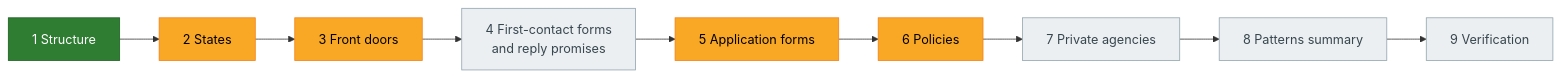
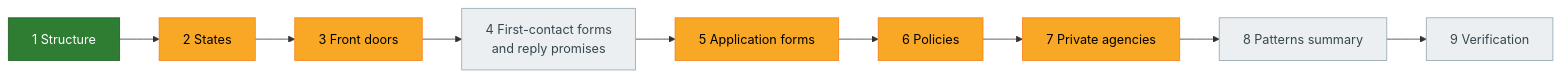
The first of 3 diagrams in docs/us-survey-plan.md (jamiegannaway/kinderform), drawn with Mermaid before and after one commit. The commit also changed other lines of this file and 1 other file, not shown here.

First line of the commit message:
US register: private agencies for Maryland to New Hampshire

````diff
--- a/docs/us-survey-plan.md
+++ b/docs/us-survey-plan.md
@@ -20,16 +20,16 @@
 ```mermaid
 flowchart LR
     P1["1 Structure"]:::done
     P2["2 States"]:::partial
     P3["3 Front doors"]:::partial
     P4["4 First-contact forms<br>and reply promises"]:::todo
     P5["5 Application forms"]:::partial
     P6["6 Policies"]:::partial
-    P7["7 Private agencies"]:::todo
+    P7["7 Private agencies"]:::partial
     P8["8 Patterns summary"]:::todo
     P9["9 Verification"]:::todo
     P1 --> P2 --> P3 --> P4 --> P5 --> P6 --> P7 --> P8 --> P9
     classDef done fill:#2e7d32,stroke:#1b5e20,color:#ffffff
     classDef partial fill:#f9a825,stroke:#f57f17,color:#000000
     classDef todo fill:#eceff1,stroke:#90a4ae,color:#37474f
 ```
````
